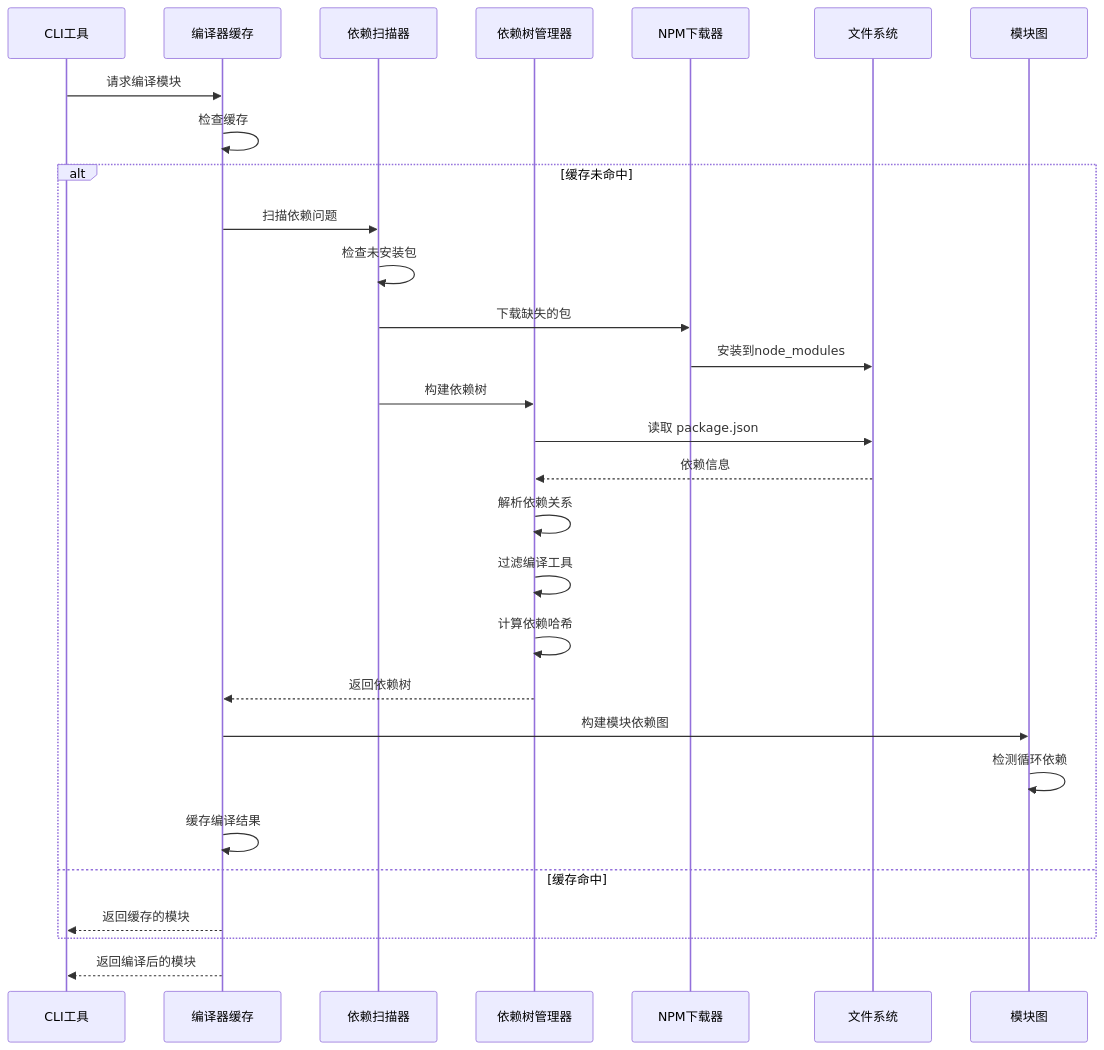
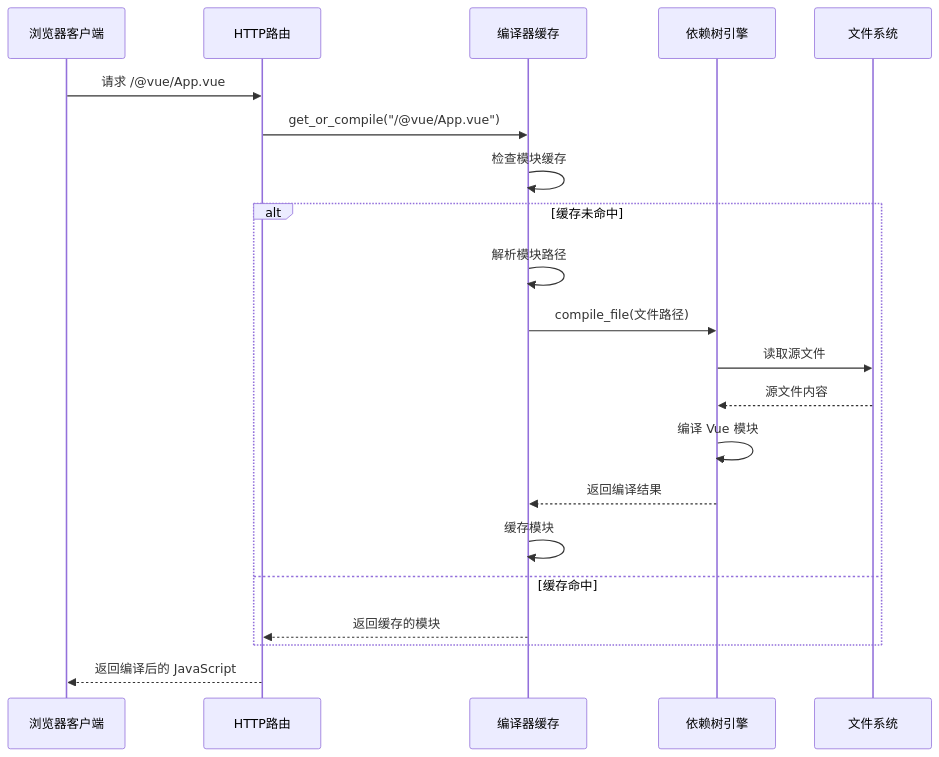
One commit to itszzl-sudo/iris changed the third of 13 diagrams in .qoder/repowiki/zh/content/核心功能特性/依赖树管理功能文档.md. Above: the diagram before and after it, drawn with Mermaid. The commit also changed other lines of this file and 17 other files, not shown here.

````diff
--- a/.qoder/repowiki/zh/content/核心功能特性/依赖树管理功能文档.md
+++ b/.qoder/repowiki/zh/content/核心功能特性/依赖树管理功能文档.md
@@ -229,31 +226,23 @@
 ```mermaid
 sequenceDiagram
-participant CLI as CLI工具
+participant Browser as 浏览器客户端
+participant Routes as HTTP路由
 participant Cache as 编译器缓存
-participant Scanner as 依赖扫描器
-participant Engine as 依赖树管理器
-participant Downloader as NPM下载器
+participant Engine as 依赖树引擎
 participant FS as 文件系统
-participant Modules as 模块图
-CLI->>Cache : 请求编译模块
-Cache->>Cache : 检查缓存
+Browser->>Routes : 请求 /@vue/App.vue
+Routes->>Cache : get_or_compile("/@vue/App.vue")
+Cache->>Cache : 检查模块缓存
 alt 缓存未命中
-Cache->>Scanner : 扫描依赖问题
-Scanner->>Scanner : 检查未安装包
-Scanner->>Downloader : 下载缺失的包
-Downloader->>FS : 安装到node_modules
-Scanner->>Engine : 构建依赖树
-Engine->>FS : 读取 package.json
-FS-->>Engine : 依赖信息
-Engine->>Engine : 解析依赖关系
-Engine->>Engine : 过滤编译工具
-Engine->>Engine : 计算依赖哈希
-Engine-->>Cache : 返回依赖树
-Cache->>Modules : 构建模块依赖图
-Modules->>Modules : 检测循环依赖
-Cache->>Cache : 缓存编译结果
+Cache->>Cache : 解析模块路径
+Cache->>Engine : compile_file(文件路径)
+Engine->>FS : 读取源文件
+FS-->>Engine : 源文件内容
+Engine->>Engine : 编译 Vue 模块
+Engine-->>Cache : 返回编译结果
+Cache->>Cache : 缓存模块
 else 缓存命中
-Cache-->>CLI : 返回缓存的模块
+Cache-->>Routes : 返回缓存的模块
 end
-Cache-->>CLI : 返回编译后的模块
+Routes-->>Browser : 返回编译后的 JavaScript
 ```
````
